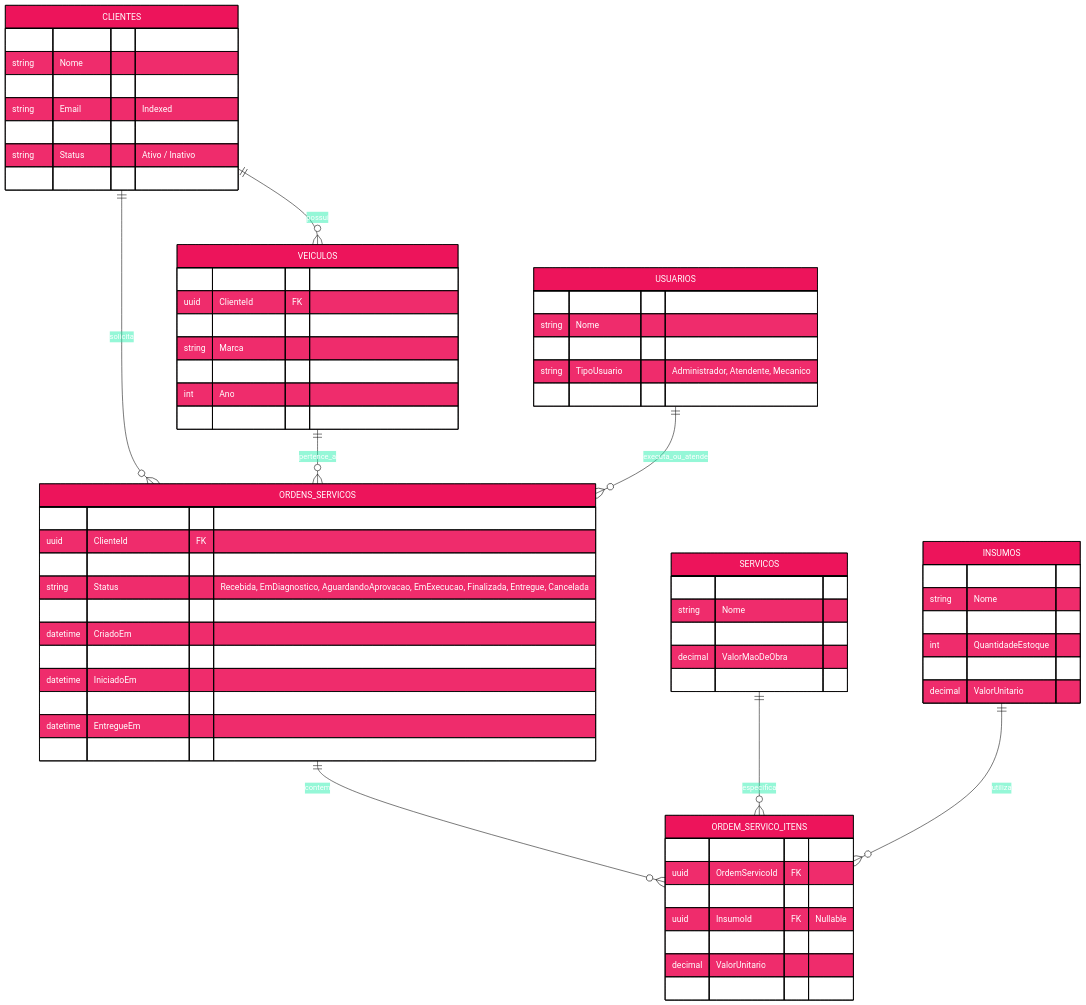
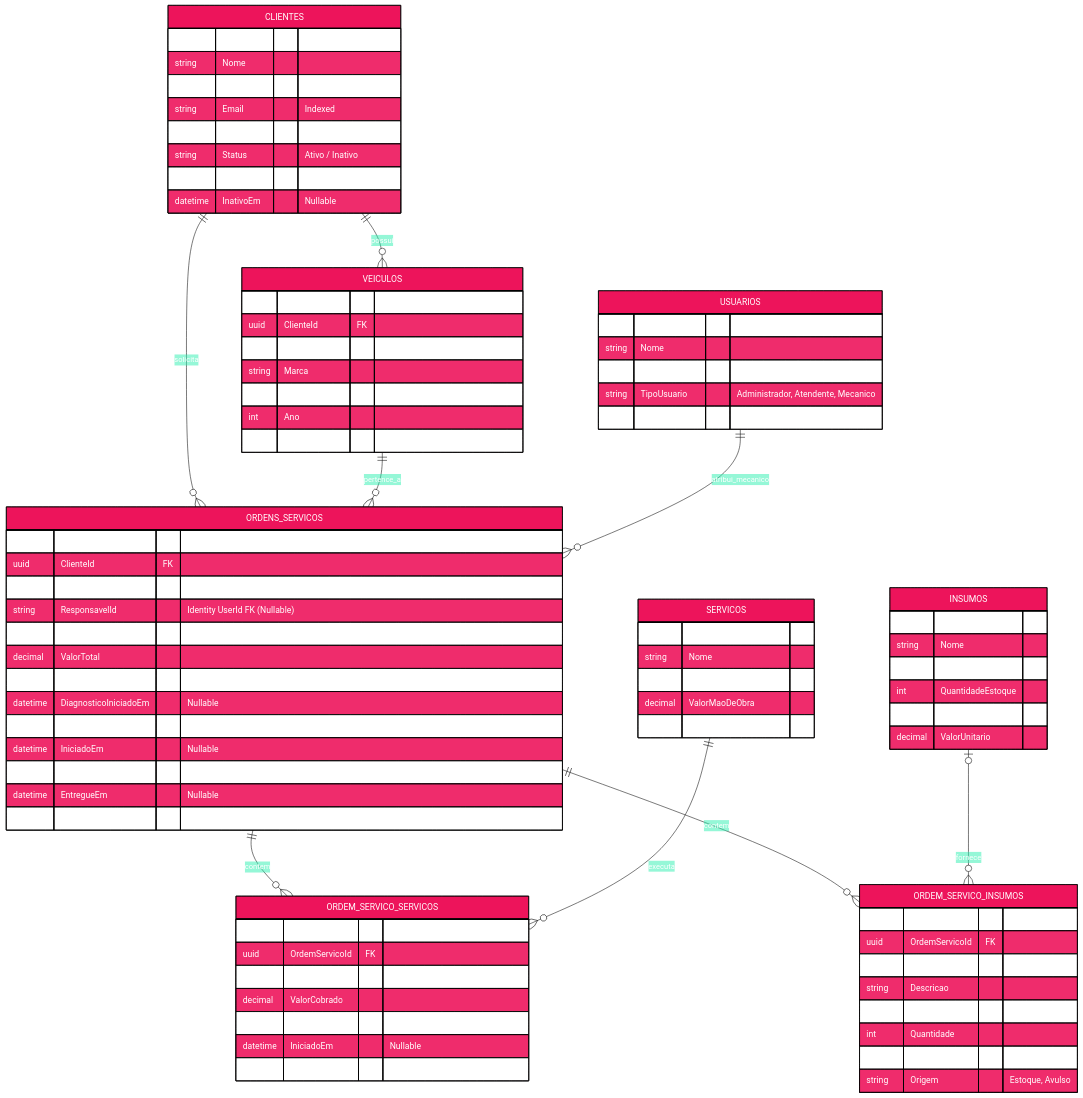
One commit to Grupo78-PosTech-15SOAT/AutoReparos changed the third of 4 diagrams in README.md. Above: the diagram before and after it, drawn with Mermaid. The commit also changed other lines of this file and 2 other files, not shown here.

Commit message:
fix(ci): 🐛 Ajustando pipeline CI/CD para submódulos recursivos, URLs HTTPS e documentação de arquitetura

```diff
--- a/README.md
+++ b/README.md
@@ -348,10 +348,11 @@
     CLIENTES ||--o{ VEICULOS : "possui"
     CLIENTES ||--o{ ORDENS_SERVICOS : "solicita"
     VEICULOS ||--o{ ORDENS_SERVICOS : "pertence_a"
-    USUARIOS ||--o{ ORDENS_SERVICOS : "executa_ou_atende"
-    ORDENS_SERVICOS ||--o{ ORDEM_SERVICO_ITENS : "contem"
-    SERVICOS ||--o{ ORDEM_SERVICO_ITENS : "especifica"
-    INSUMOS ||--o{ ORDEM_SERVICO_ITENS : "utiliza"
+    USUARIOS ||--o{ ORDENS_SERVICOS : "atribui_mecanico"
+    ORDENS_SERVICOS ||--o{ ORDEM_SERVICO_SERVICOS : "contem"
+    SERVICOS ||--o{ ORDEM_SERVICO_SERVICOS : "executa"
+    ORDENS_SERVICOS ||--o{ ORDEM_SERVICO_INSUMOS : "contem"
+    INSUMOS |o--o{ ORDEM_SERVICO_INSUMOS : "fornece"
 
     CLIENTES {
         uuid Id PK
@@ -361,6 +362,7 @@
         string Telefone
         string Status "Ativo / Inativo"
         datetime CriadoEm
+        datetime InativoEm "Nullable"
     }
 
     VEICULOS {
@@ -394,28 +396,41 @@
         uuid Id PK
         uuid ClienteId FK
         uuid VeiculoId FK
+        string ResponsavelId "Identity UserId FK (Nullable)"
         string Status "Recebida, EmDiagnostico, AguardandoAprovacao, EmExecucao, Finalizada, Entregue, Cancelada"
         decimal ValorTotal
         datetime CriadoEm
-        datetime DiagnosticoIniciadoEm
-        datetime IniciadoEm
-        datetime FinalizadoEm
-        datetime EntregueEm
-        string AprovacaoToken
+        datetime DiagnosticoIniciadoEm "Nullable"
+        datetime EnvioAprovacaoEm "Nullable"
+        datetime IniciadoEm "Nullable"
+        datetime FinalizadoEm "Nullable"
+        datetime EntregueEm "Nullable"
+        string Observacao "Nullable"
     }
 
-    ORDEM_SERVICO_ITENS {
+    ORDEM_SERVICO_SERVICOS {
         uuid Id PK
         uuid OrdemServicoId FK
-        uuid ServicoId FK "Nullable"
+        uuid ServicoId FK
+        decimal ValorCobrado
+        string Status "Pendente, EmExecucao, Concluido"
+        datetime IniciadoEm "Nullable"
+        datetime ConcluidoEm "Nullable"
+    }
+
+    ORDEM_SERVICO_INSUMOS {
+        uuid Id PK
+        uuid OrdemServicoId FK
         uuid InsumoId FK "Nullable"
+        string Descricao
+        decimal ValorUnitario
         int Quantidade
-        decimal ValorUnitario
         decimal ValorTotal
+        string Origem "Estoque, Avulso"
     }
 
     USUARIOS {
-        uuid Id PK
+        string Id PK "Identity UserId"
         string Nome
         string Email "Unique"
         string TipoUsuario "Administrador, Atendente, Mecanico"
```
